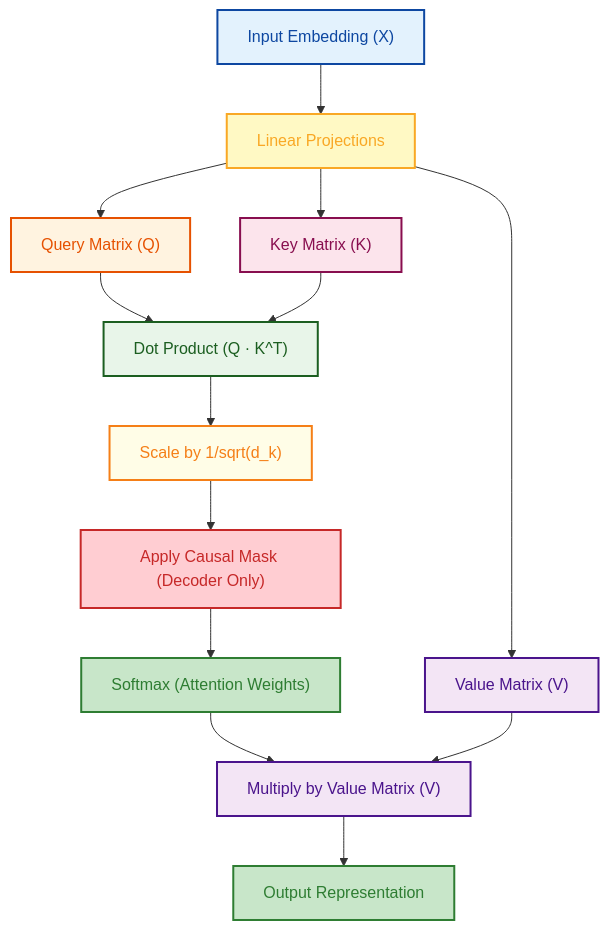
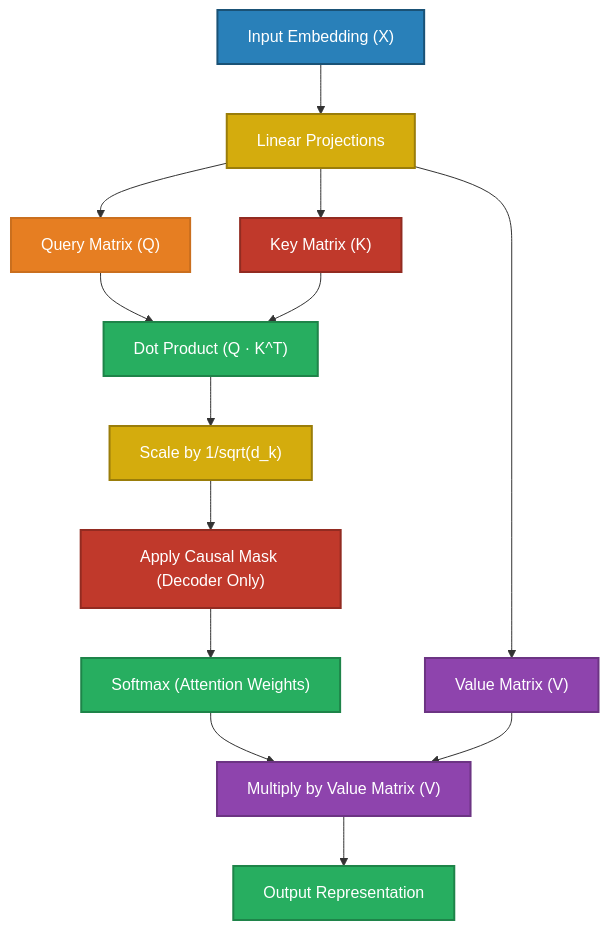
The first of 2 diagrams in docs/07-language-models/README.md (GyanendraChaubey/AI-Engineering-Notes), drawn with Mermaid before and after one commit. The commit also changed other lines of this file and 15 other files, not shown here.

Commit message:
style: replace all Mermaid diagram colors with saturated palette + white text for dark mode compatibility (321 changes across 16 files)

````diff
--- a/docs/07-language-models/README.md
+++ b/docs/07-language-models/README.md
@@ -17,29 +17,29 @@
 ```mermaid
 flowchart TD
     A["Input Embedding (X)"] --> B["Linear Projections"]
     B --> C["Query Matrix (Q)"]
     B --> D["Key Matrix (K)"]
     B --> E["Value Matrix (V)"]
     
     C --> F["Dot Product (Q · K^T)"]
     D --> F
     
     F --> G["Scale by 1/sqrt(d_k)"]
     G --> H["Apply Causal Mask (Decoder Only)"]
     H --> I["Softmax (Attention Weights)"]
     
     I --> J["Multiply by Value Matrix (V)"]
     E --> J
     J --> K["Output Representation"]
-    style A fill:#e3f2fd,stroke:#0d47a1,stroke-width:2px,color:#0d47a1
-    style B fill:#fff9c4,stroke:#f9a825,stroke-width:2px,color:#f9a825
-    style C fill:#fff3e0,stroke:#e65100,stroke-width:2px,color:#e65100
-    style D fill:#fce4ec,stroke:#880e4f,stroke-width:2px,color:#880e4f
-    style E fill:#f3e5f5,stroke:#4a148c,stroke-width:2px,color:#4a148c
-    style F fill:#e8f5e9,stroke:#1b5e20,stroke-width:2px,color:#1b5e20
-    style G fill:#fffde7,stroke:#f57f17,stroke-width:2px,color:#f57f17
-    style H fill:#ffcdd2,stroke:#c62828,stroke-width:2px,color:#c62828
-    style I fill:#c8e6c9,stroke:#2e7d32,stroke-width:2px,color:#2e7d32
-    style J fill:#f3e5f5,stroke:#4a148c,stroke-width:2px,color:#4a148c
-    style K fill:#c8e6c9,stroke:#2e7d32,stroke-width:2px,color:#2e7d32
+    style A fill:#2980B9,stroke:#1A5276,stroke-width:2px,color:#FFFFFF
+    style B fill:#D4AC0D,stroke:#9A7D0A,stroke-width:2px,color:#FFFFFF
+    style C fill:#E67E22,stroke:#CA6F1E,stroke-width:2px,color:#FFFFFF
+    style D fill:#C0392B,stroke:#922B21,stroke-width:2px,color:#FFFFFF
+    style E fill:#8E44AD,stroke:#6C3483,stroke-width:2px,color:#FFFFFF
+    style F fill:#27AE60,stroke:#1E8449,stroke-width:2px,color:#FFFFFF
+    style G fill:#D4AC0D,stroke:#9A7D0A,stroke-width:2px,color:#FFFFFF
+    style H fill:#C0392B,stroke:#922B21,stroke-width:2px,color:#FFFFFF
+    style I fill:#27AE60,stroke:#1E8449,stroke-width:2px,color:#FFFFFF
+    style J fill:#8E44AD,stroke:#6C3483,stroke-width:2px,color:#FFFFFF
+    style K fill:#27AE60,stroke:#1E8449,stroke-width:2px,color:#FFFFFF
 ```
````
